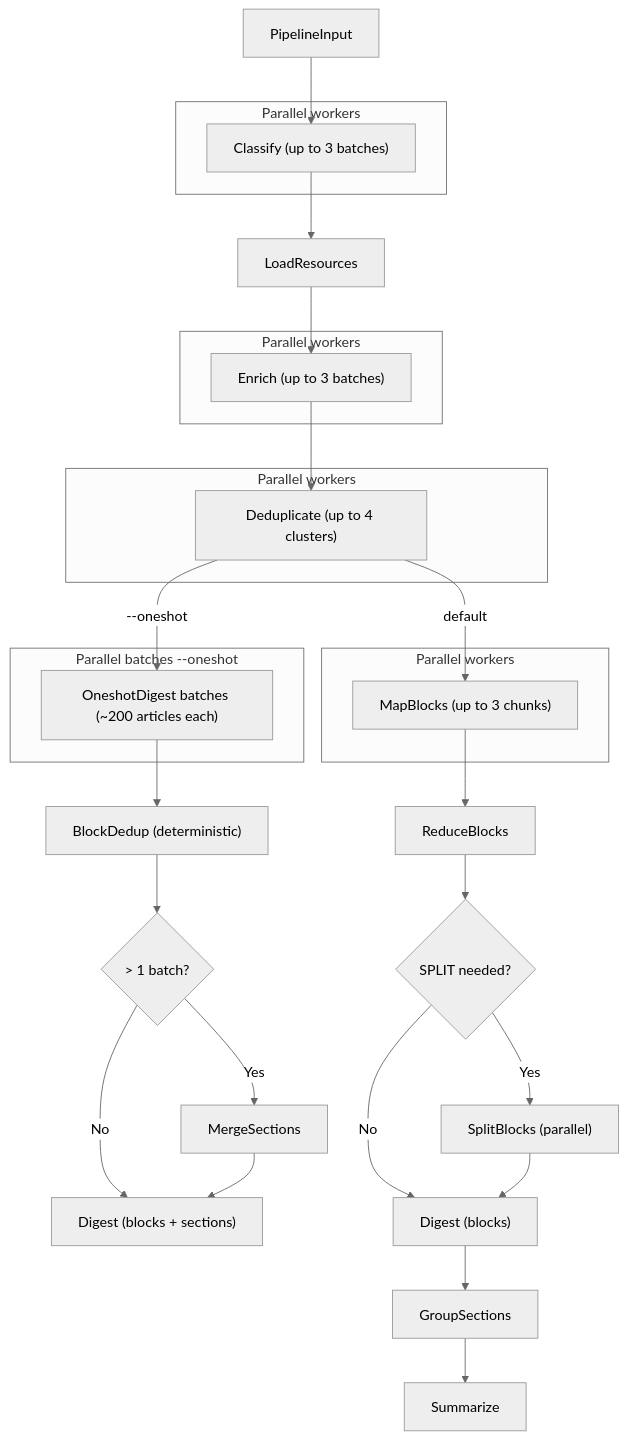
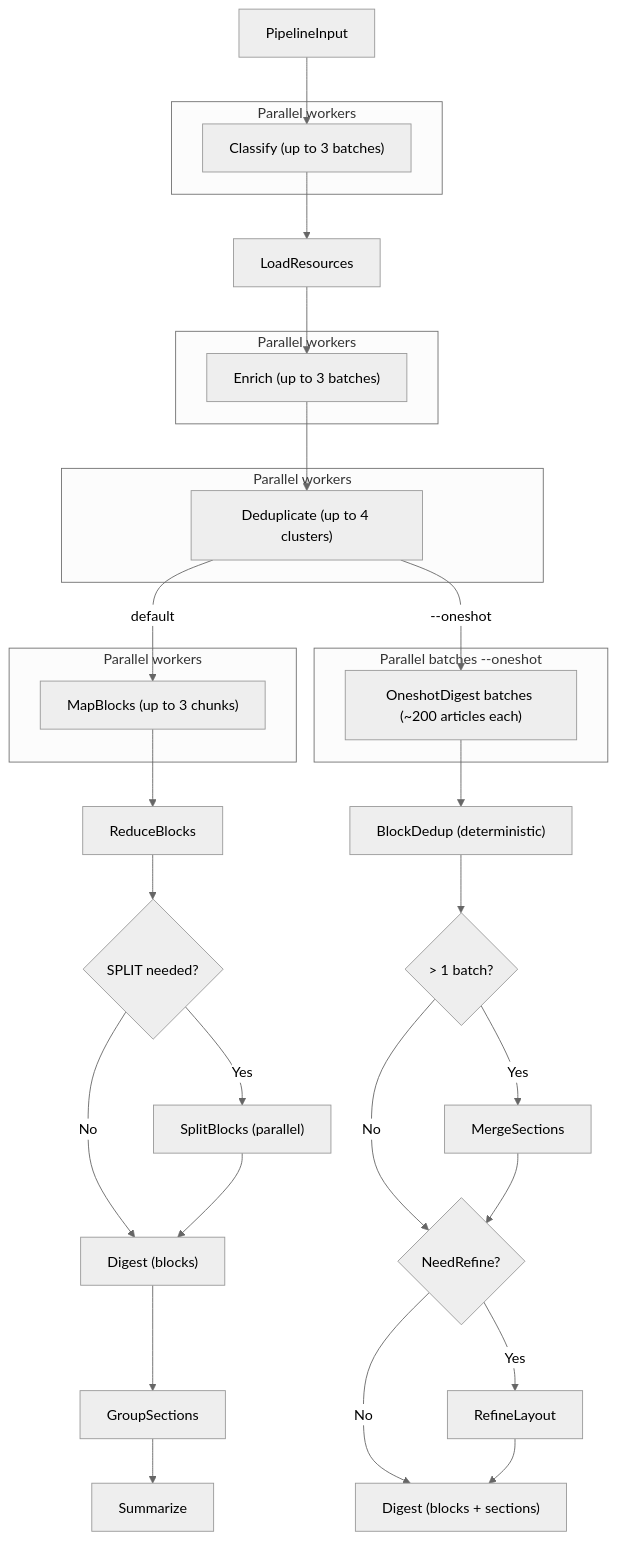
One commit to andgineer/news-recap changed the diagram in spec/pipeline.md. Above: the diagram before and after it, drawn with Mermaid (neutral theme). The commit also changed other lines of this file and 11 other files, not shown here.

````diff
--- a/spec/pipeline.md
+++ b/spec/pipeline.md
@@ -9,37 +9,40 @@
 ```mermaid
 flowchart TD
     subgraph parallel1 [Parallel workers]
         classifyW["Classify (up to 3 batches)"]
     end
     subgraph parallel2 [Parallel workers]
         enrichW["Enrich (up to 3 batches)"]
     end
     subgraph parallel3 [Parallel workers]
         dedupW["Deduplicate (up to 4 clusters)"]
     end
     subgraph parallel4 [Parallel workers]
         mapW["MapBlocks (up to 3 chunks)"]
     end
     subgraph oneshotBatches [Parallel batches --oneshot]
         oneshotW["OneshotDigest batches (~200 articles each)"]
     end
 
     inp[PipelineInput] --> classifyW
     classifyW --> loadRes[LoadResources]
     loadRes --> enrichW
     enrichW --> dedupW
     dedupW -->|default| mapW
     dedupW -->|--oneshot| oneshotW
     oneshotW --> blockDedup["BlockDedup (deterministic)"]
     blockDedup --> merge{"> 1 batch?"}
     merge -->|Yes| mergeSec[MergeSections]
-    merge -->|No| done["Digest (blocks + sections)"]
-    mergeSec --> done
+    merge -->|No| needRefine{"NeedRefine?"}
+    mergeSec --> needRefine
+    needRefine -->|Yes| refineLayout["RefineLayout"]
+    needRefine -->|No| done["Digest (blocks + sections)"]
+    refineLayout --> done
     mapW --> reduce[ReduceBlocks]
     reduce --> split{SPLIT needed?}
     split -->|No| digest["Digest (blocks)"]
     split -->|Yes| splitW["SplitBlocks (parallel)"]
     splitW --> digest
     digest --> groupSec[GroupSections]
     groupSec --> summarize[Summarize]
 ```
````
